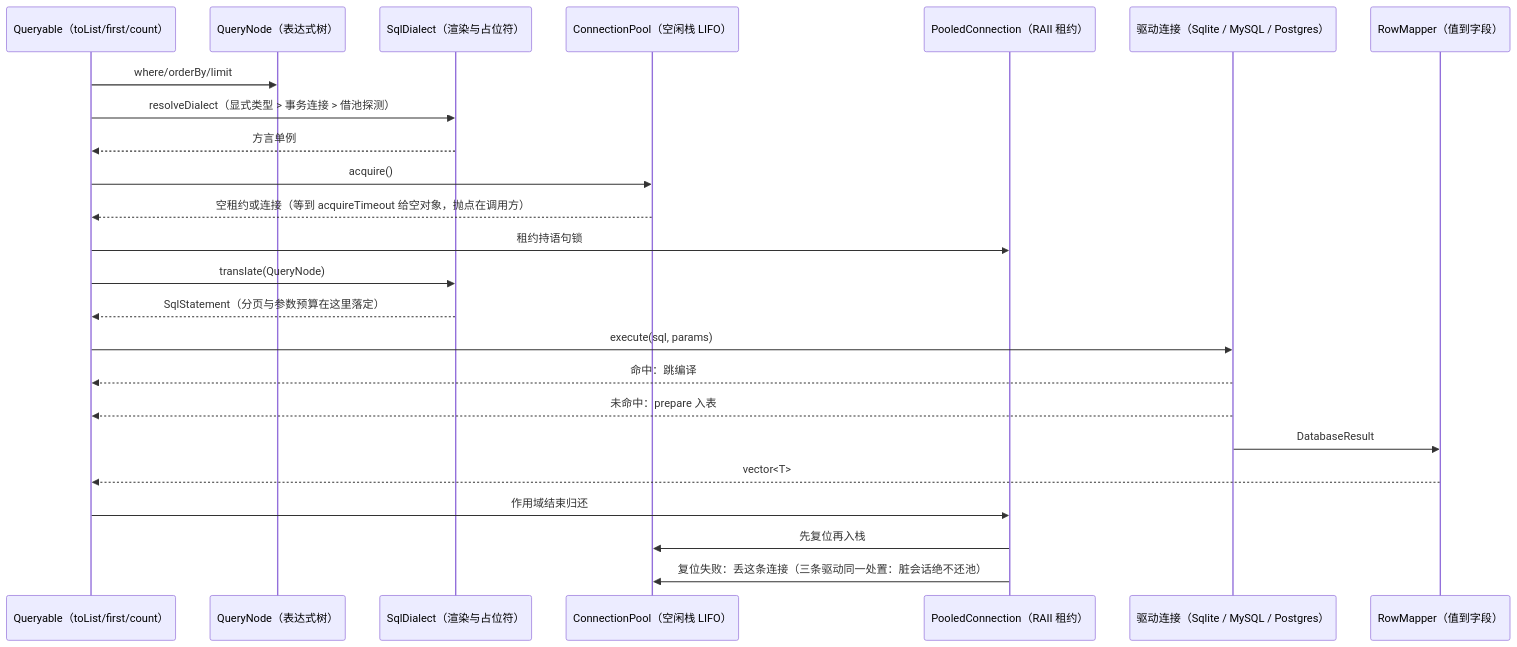
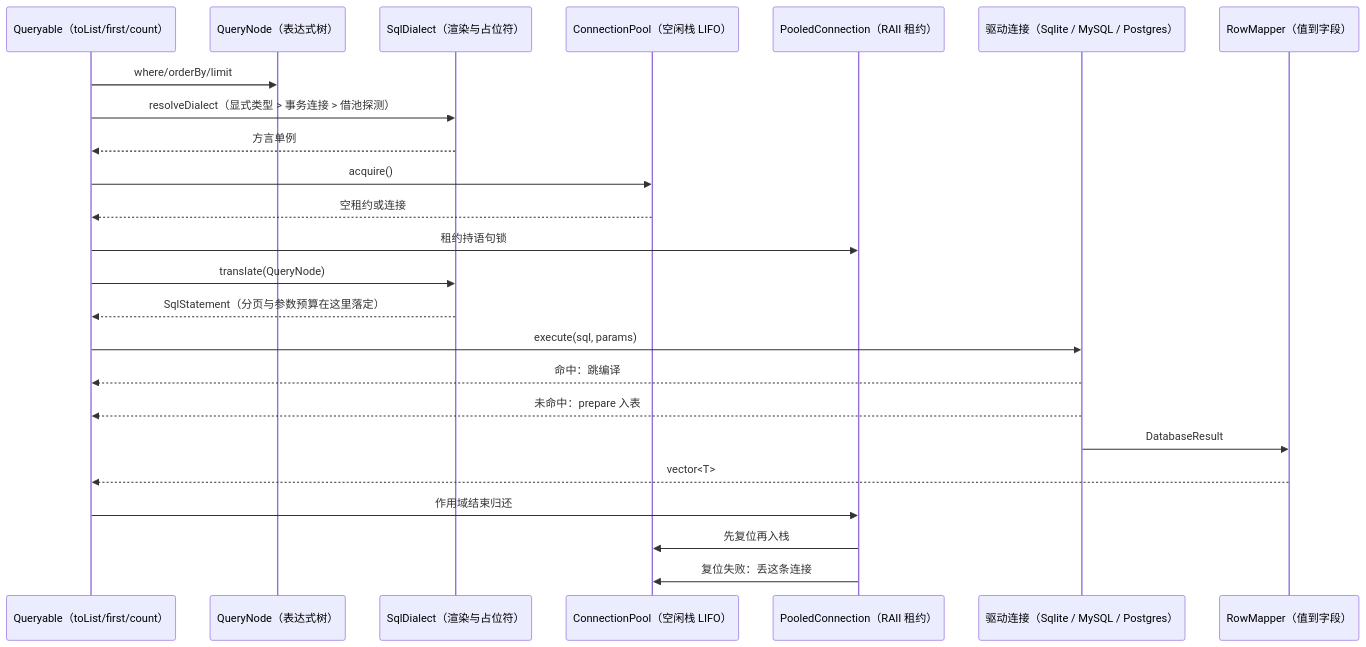
One commit to Gyanis9/AsynGyanis changed the diagram in docs/数据库访问.md. Above: the diagram before and after it, drawn with Mermaid. The commit also changed other lines of this file, not shown here.

````diff
--- a/docs/数据库访问.md
+++ b/docs/数据库访问.md
@@ -9,27 +9,27 @@
 ```mermaid
 sequenceDiagram
     participant caller as Queryable（toList/first/count）
     participant qnode as QueryNode（表达式树）
     participant dialect as SqlDialect（渲染与占位符）
     participant pool as ConnectionPool（空闲栈 LIFO）
     participant lease as PooledConnection（RAII 租约）
     participant driver as 驱动连接（Sqlite / MySQL / Postgres）
     participant mapper as RowMapper（值到字段）
 
     caller->>qnode: where/orderBy/limit
     caller->>dialect: resolveDialect（显式类型 > 事务连接 > 借池探测）
     dialect-->>caller: 方言单例
     caller->>pool: acquire()
-    pool-->>caller: 空租约或连接（等到 acquireTimeout 给空对象，抛点在调用方）
+    pool-->>caller: 空租约或连接
     caller->>lease: 租约持语句锁
     caller->>dialect: translate(QueryNode)
     dialect-->>caller: SqlStatement（分页与参数预算在这里落定）
     caller->>driver: execute(sql, params)
     driver-->>caller: 命中：跳编译
     driver-->>caller: 未命中：prepare 入表
     driver->>mapper: DatabaseResult
     mapper-->>caller: vector<T>
     caller->>lease: 作用域结束归还
     lease->>pool: 先复位再入栈
-    lease->>pool: 复位失败：丢这条连接（三条驱动同一处置：脏会话绝不还池）
+    lease->>pool: 复位失败：丢这条连接
 ```
````
